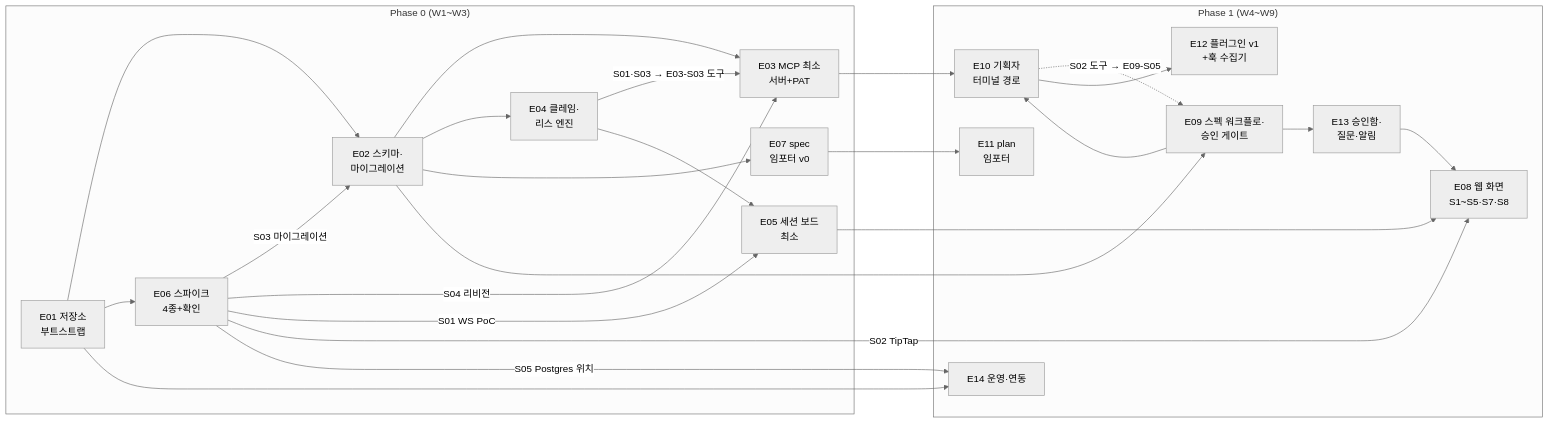
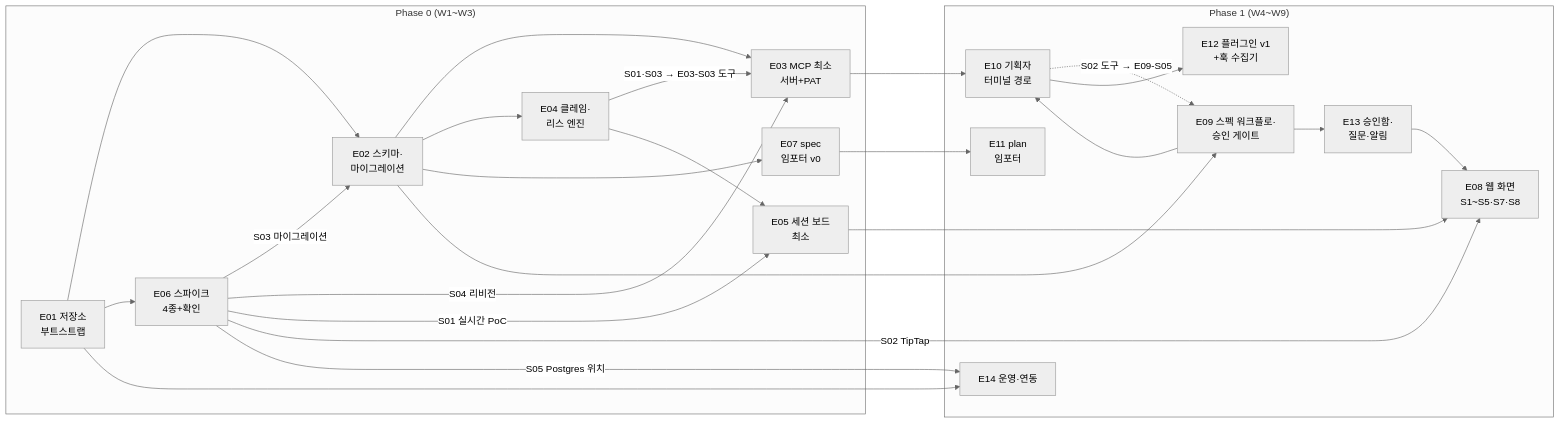
Before and after one commit to worker-ants/nerv: the diagram in docs/04-mvp/backlog.md, drawn with Mermaid (neutral theme). The commit also changed other lines of this file and 17 other files, not shown here.

````diff
--- a/docs/04-mvp/backlog.md
+++ b/docs/04-mvp/backlog.md
@@ -208,43 +208,43 @@
 ```mermaid
 flowchart LR
   subgraph P0["Phase 0 (W1~W3)"]
     E01["E01 저장소<br/>부트스트랩"]
     E02["E02 스키마·<br/>마이그레이션"]
     E03["E03 MCP 최소<br/>서버+PAT"]
     E04["E04 클레임·<br/>리스 엔진"]
     E05["E05 세션 보드<br/>최소"]
     E06["E06 스파이크<br/>4종+확인"]
     E07["E07 spec<br/>임포터 v0"]
   end
   subgraph P1["Phase 1 (W4~W9)"]
     E08["E08 웹 화면<br/>S1~S5·S7·S8"]
     E09["E09 스펙 워크플로·<br/>승인 게이트"]
     E10["E10 기획자<br/>터미널 경로"]
     E11["E11 plan<br/>임포터"]
     E12["E12 플러그인 v1<br/>+훅 수집기"]
     E13["E13 승인함·<br/>질문·알림"]
     E14["E14 운영·연동"]
   end
   E01 --> E02
   E01 --> E06
   E06 -->|"S03 마이그레이션"| E02
   E06 -->|"S04 리비전"| E03
-  E06 -->|"S01 WS PoC"| E05
+  E06 -->|"S01 실시간 PoC"| E05
   E06 -->|"S02 TipTap"| E08
   E06 -->|"S05 Postgres 위치"| E14
   E02 --> E03
   E02 --> E04
   E02 --> E07
   E04 -->|"S01·S03 → E03-S03 도구"| E03
   E04 --> E05
   E02 --> E09
   E05 --> E08
   E09 --> E10
   E03 --> E10
   E10 -.->|"S02 도구 → E09-S05"| E09
   E09 --> E13
   E13 --> E08
   E07 --> E11
   E10 --> E12
   E01 --> E14
 ```
````
